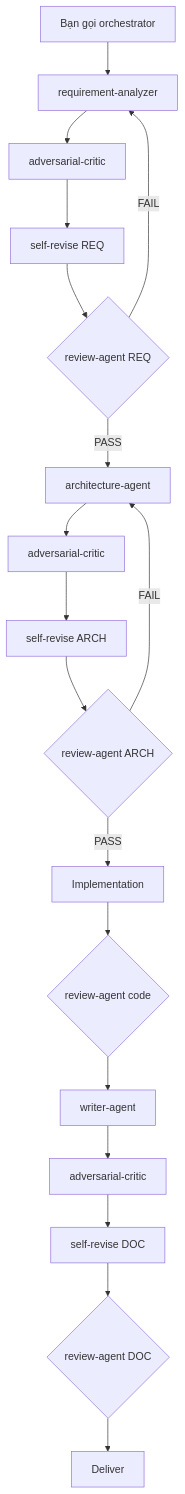
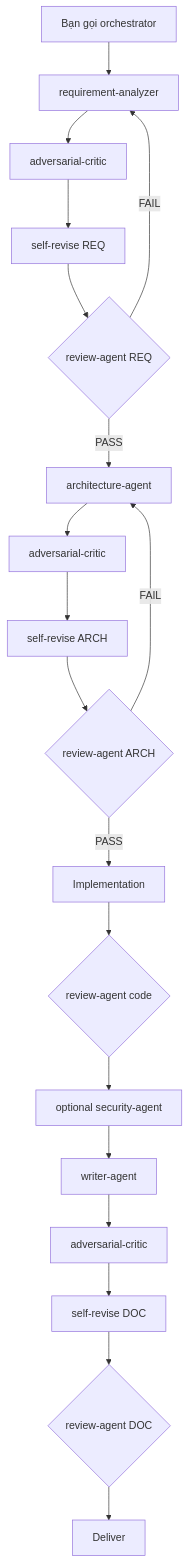
Before and after one commit to sonbkt303/cursor-agents: the diagram in USAGE.md, drawn with Mermaid. The commit also changed other lines of this file and 4 other files, not shown here.

Commit message:
Add security-agent and update documentation for enhanced AppSec integration

````diff
--- a/USAGE.md
+++ b/USAGE.md
@@ -214,20 +237,21 @@
 ```mermaid
 flowchart TD
     A[Bạn gọi orchestrator] --> B[requirement-analyzer]
     B --> C[adversarial-critic]
     C --> D[self-revise REQ]
     D --> E{review-agent REQ}
     E -->|FAIL| B
     E -->|PASS| F[architecture-agent]
     F --> G[adversarial-critic]
     G --> H[self-revise ARCH]
     H --> I{review-agent ARCH}
     I -->|FAIL| F
     I -->|PASS| J[Implementation]
     J --> K{review-agent code}
-    K --> L[writer-agent]
+    K --> Sec[optional security-agent]
+    Sec --> L[writer-agent]
     L --> M[adversarial-critic]
     M --> N[self-revise DOC]
     N --> O{review-agent DOC}
     O --> P[Deliver]
 ```
````
